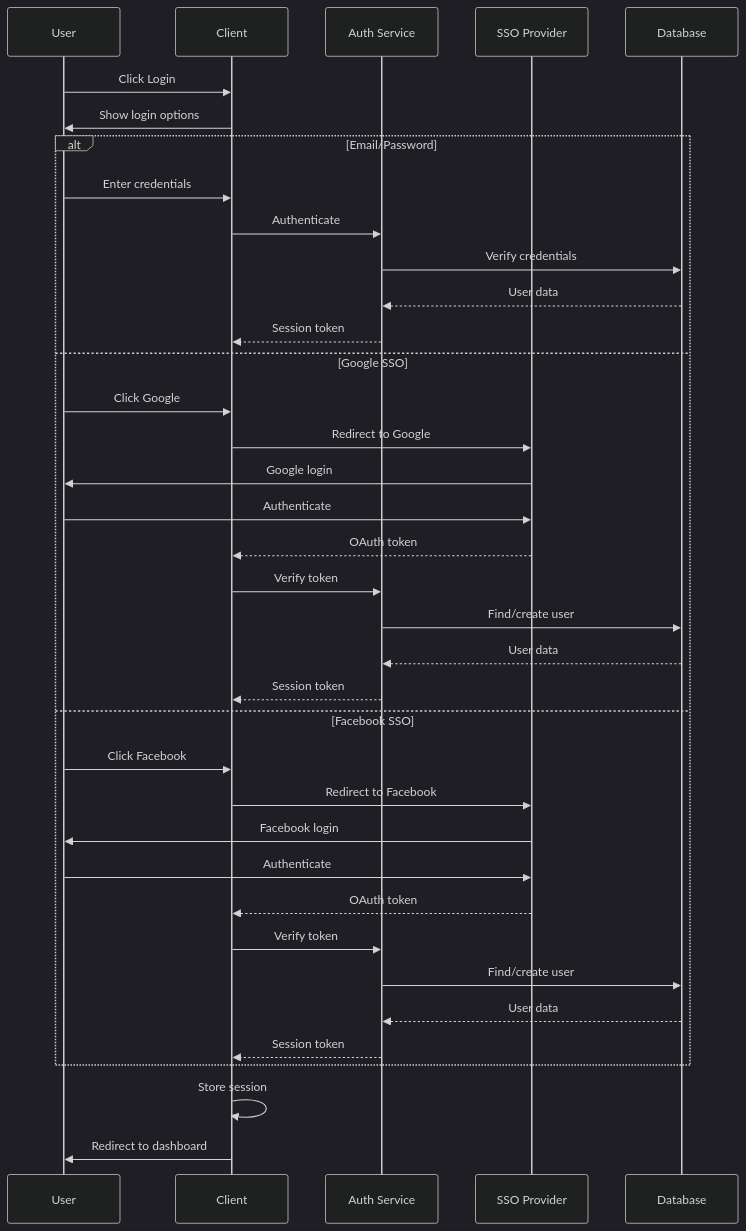
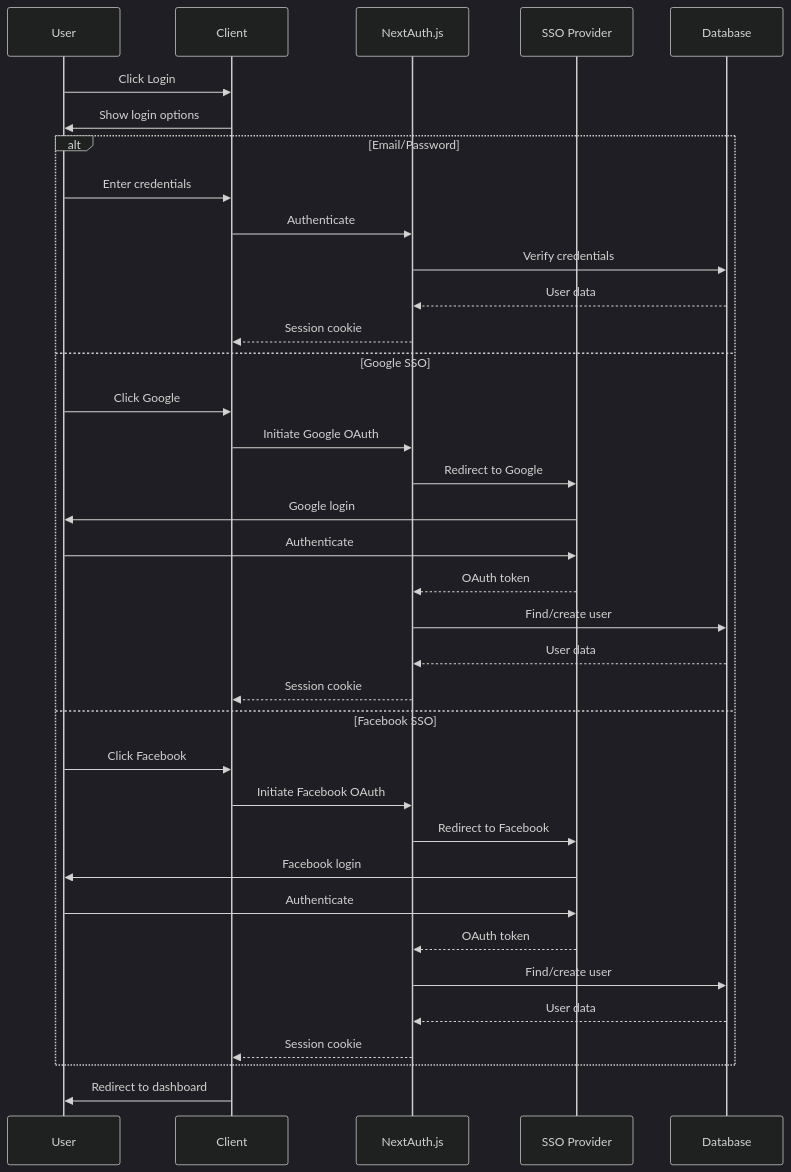
The fifth of 8 diagrams in docs/design/architecture-diagrams.md (deanwheatley/knowUbetter), drawn with Mermaid (dark theme) before and after one commit. The commit also changed other lines of this file and 10 other files, not shown here.

````diff
--- a/docs/design/architecture-diagrams.md
+++ b/docs/design/architecture-diagrams.md
@@ -238,42 +238,41 @@
 ```mermaid
 sequenceDiagram
     participant U as User
     participant C as Client
-    participant A as Auth Service
+    participant NA as NextAuth.js
     participant SSO as SSO Provider
     participant DB as Database
     
     U->>C: Click Login
     C->>U: Show login options
     
     alt Email/Password
         U->>C: Enter credentials
-        C->>A: Authenticate
-        A->>DB: Verify credentials
-        DB-->>A: User data
-        A-->>C: Session token
+        C->>NA: Authenticate
+        NA->>DB: Verify credentials
+        DB-->>NA: User data
+        NA-->>C: Session cookie
     else Google SSO
         U->>C: Click Google
-        C->>SSO: Redirect to Google
+        C->>NA: Initiate Google OAuth
+        NA->>SSO: Redirect to Google
         SSO->>U: Google login
         U->>SSO: Authenticate
-        SSO-->>C: OAuth token
-        C->>A: Verify token
-        A->>DB: Find/create user
-        DB-->>A: User data
-        A-->>C: Session token
+        SSO-->>NA: OAuth token
+        NA->>DB: Find/create user
+        DB-->>NA: User data
+        NA-->>C: Session cookie
     else Facebook SSO
         U->>C: Click Facebook
-        C->>SSO: Redirect to Facebook
+        C->>NA: Initiate Facebook OAuth
+        NA->>SSO: Redirect to Facebook
         SSO->>U: Facebook login
         U->>SSO: Authenticate
-        SSO-->>C: OAuth token
-        C->>A: Verify token
-        A->>DB: Find/create user
-        DB-->>A: User data
-        A-->>C: Session token
+        SSO-->>NA: OAuth token
+        NA->>DB: Find/create user
+        DB-->>NA: User data
+        NA-->>C: Session cookie
     end
     
-    C->>C: Store session
     C->>U: Redirect to dashboard
 ```
````
